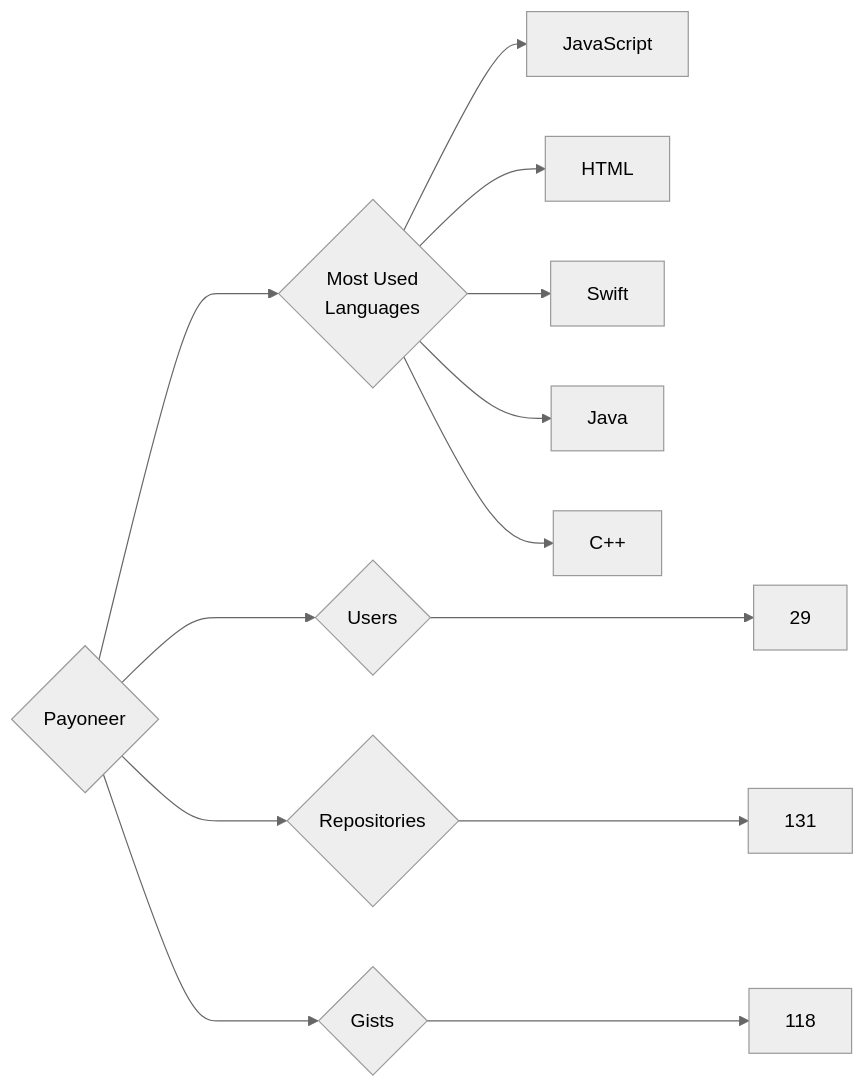
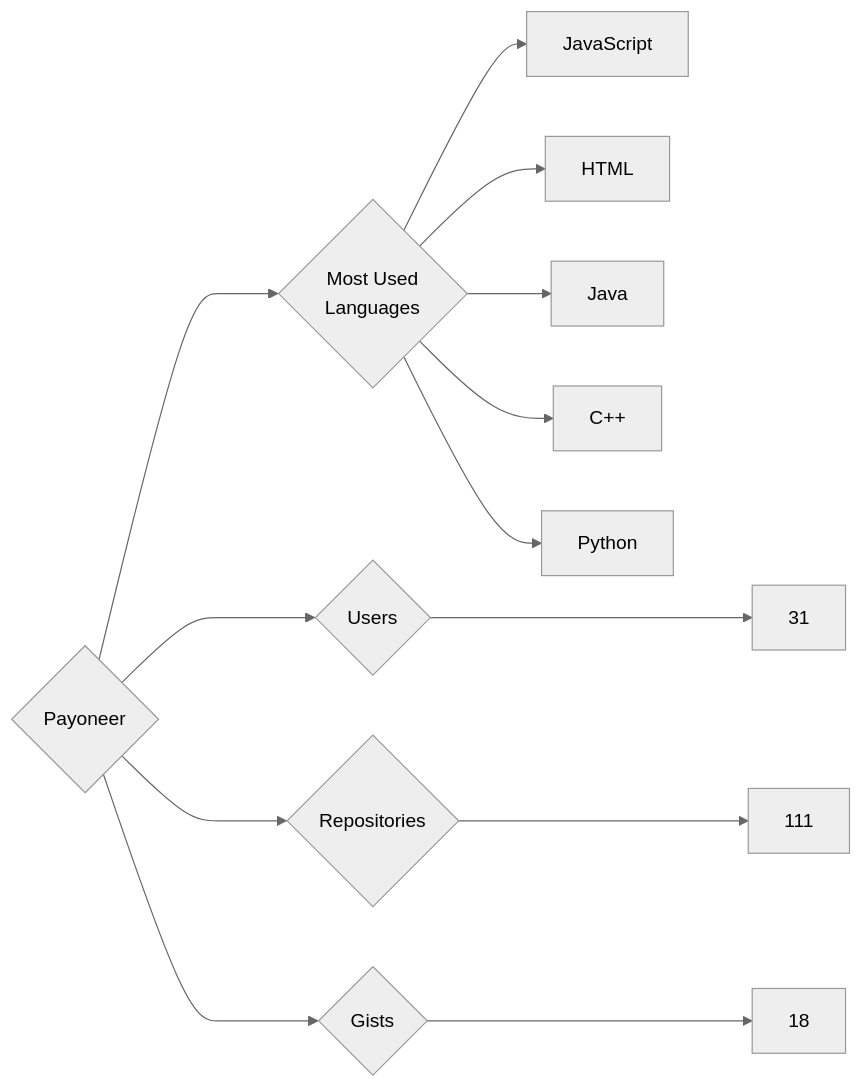
One commit to trickest/insiders changed the diagram in targets/Payoneer/README.md. Above: the diagram before and after it, drawn with Mermaid (neutral theme). The commit also changed 860 other files, not shown here.

````diff
--- a/targets/Payoneer/README.md
+++ b/targets/Payoneer/README.md
@@ -3,13 +3,13 @@
 ```mermaid
 graph LR
 COMPANY_NAME{Payoneer}
-COMPANY_NAME ---> U{Users} ---> UN[29]
-COMPANY_NAME ---> R{Repositories} ---> RN[131]
-COMPANY_NAME ---> G{Gists} ---> GN[118]
+COMPANY_NAME ---> U{Users} ---> UN[31]
+COMPANY_NAME ---> R{Repositories} ---> RN[111]
+COMPANY_NAME ---> G{Gists} ---> GN[18]
 COMPANY_NAME ---> ML{Most Used<br>Languages}
 ML --> JavaScript[JavaScript]
 ML --> HTML[HTML]
-ML --> Swift[Swift]
 ML --> Java[Java]
 ML --> C++[C++]
+ML --> Python[Python]
 ```
````
